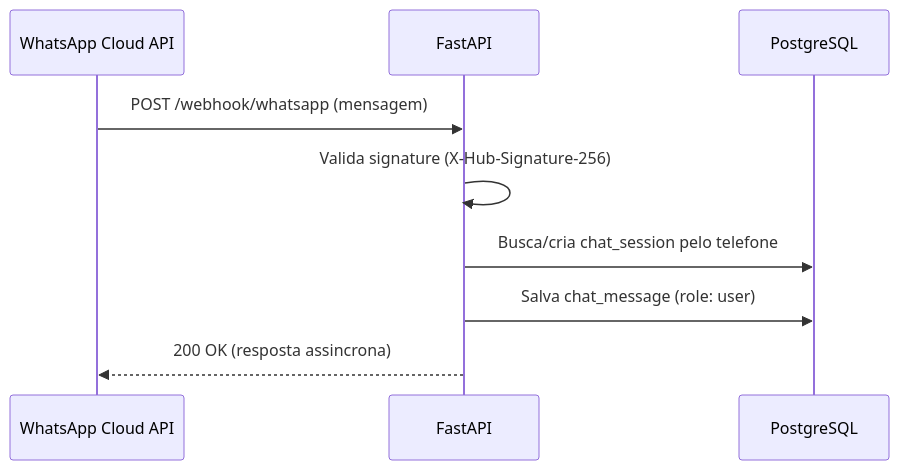
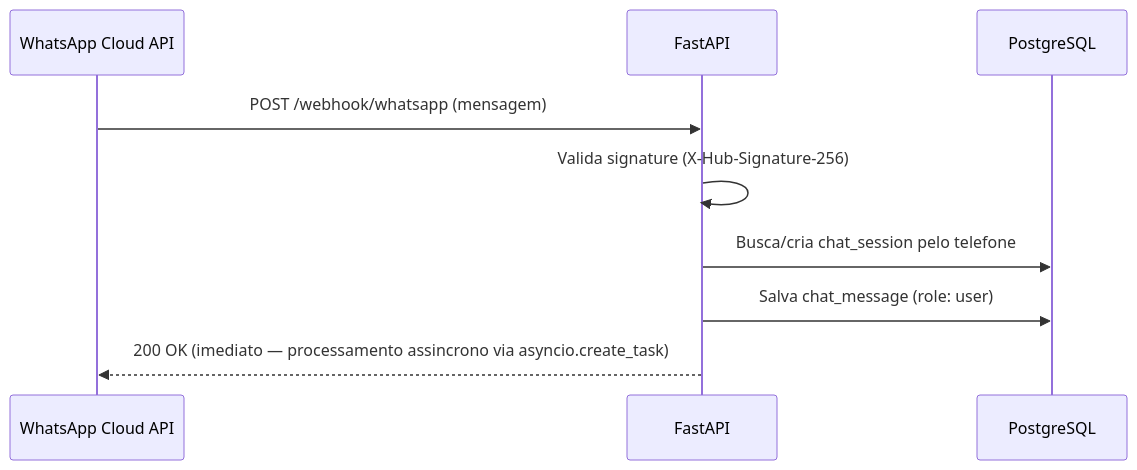
The second of 8 diagrams in docs/chatbot.md (Weym/desafio-fcg3), drawn with Mermaid before and after one commit. The commit also changed other lines of this file and 6 other files, not shown here.

````diff
--- a/docs/chatbot.md
+++ b/docs/chatbot.md
@@ -49,12 +57,12 @@
 ```mermaid
 sequenceDiagram
     participant WA as WhatsApp Cloud API
     participant API as FastAPI
     participant DB as PostgreSQL
 
     WA->>API: POST /webhook/whatsapp (mensagem)
     API->>API: Valida signature (X-Hub-Signature-256)
     API->>DB: Busca/cria chat_session pelo telefone
     API->>DB: Salva chat_message (role: user)
-    API-->>WA: 200 OK (resposta assincrona)
+    API-->>WA: 200 OK (imediato — processamento assincrono via asyncio.create_task)
 ```
````
